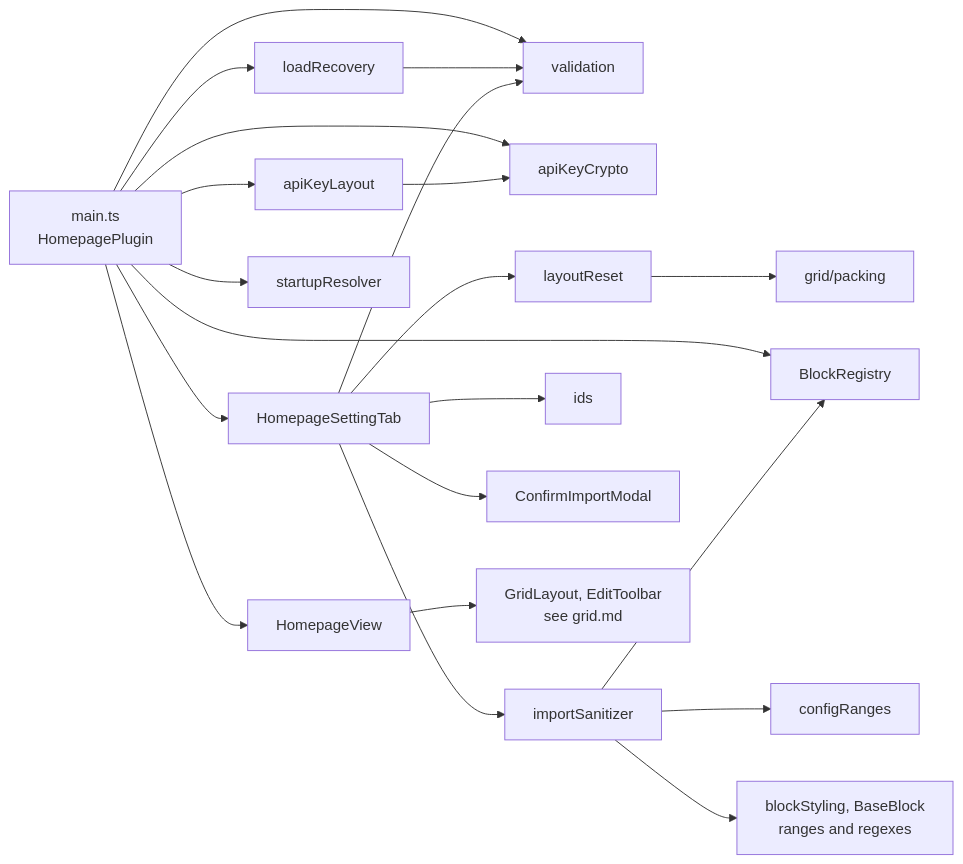
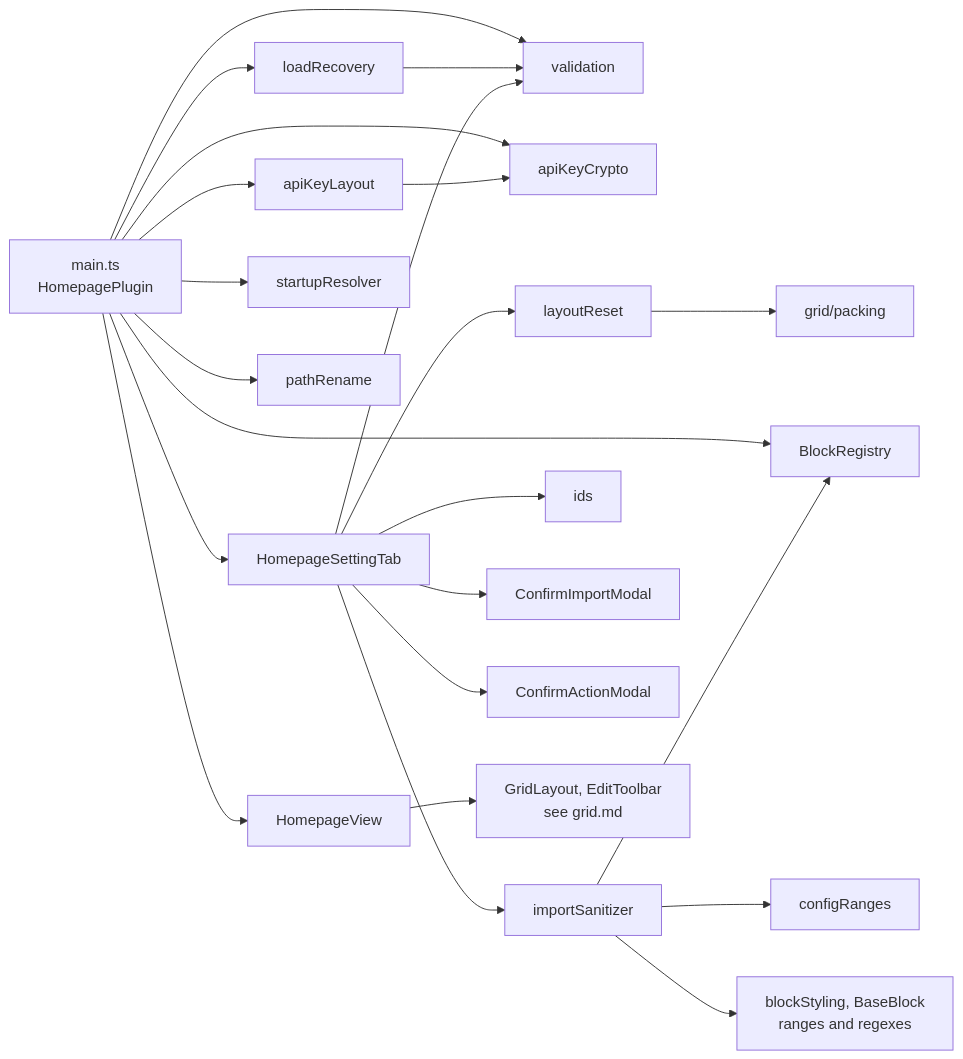
One commit to acaprino/obsidian-plugin-homepage changed the first of 3 diagrams in docs/api/plugin.md. Above: the diagram before and after it, drawn with Mermaid. The commit also changed other lines of this file and 11 other files, not shown here.

````diff
--- a/docs/api/plugin.md
+++ b/docs/api/plugin.md
@@ -40,23 +49,25 @@
 ```mermaid
 flowchart LR
   main["main.ts<br/>HomepagePlugin"] --> view["HomepageView"]
   main --> tab["HomepageSettingTab"]
   main --> reg["BlockRegistry"]
   main --> val["validation"]
   main --> lr["loadRecovery"]
   main --> akl["apiKeyLayout"]
   main --> akc["apiKeyCrypto"]
   main --> sr["startupResolver"]
+  main --> pr["pathRename"]
   lr --> val
   akl --> akc
   tab --> val
   tab --> rst["layoutReset"]
   tab --> san["importSanitizer"]
   tab --> ids["ids"]
   tab --> cim["ConfirmImportModal"]
+  tab --> cam["ConfirmActionModal"]
   rst --> pack["grid/packing"]
   san --> reg
   san --> cr["configRanges"]
   san --> sty["blockStyling, BaseBlock<br/>ranges and regexes"]
   view --> grid["GridLayout, EditToolbar<br/>see grid.md"]
 ```
````
